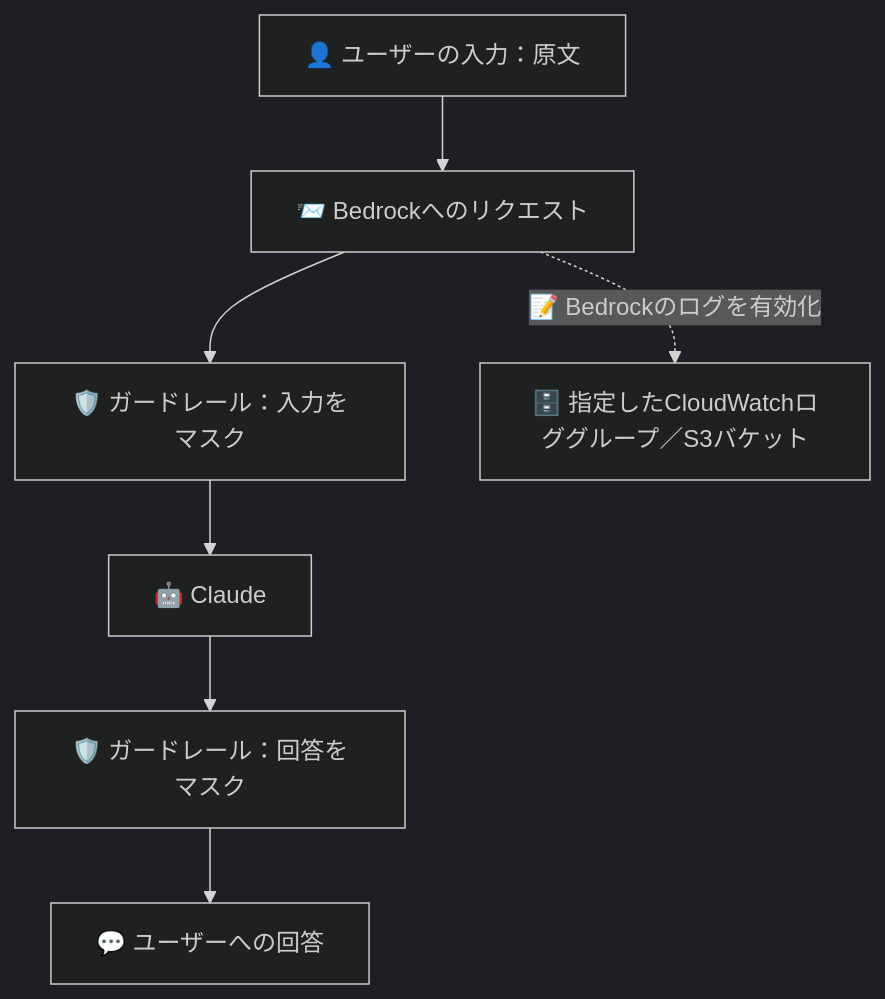
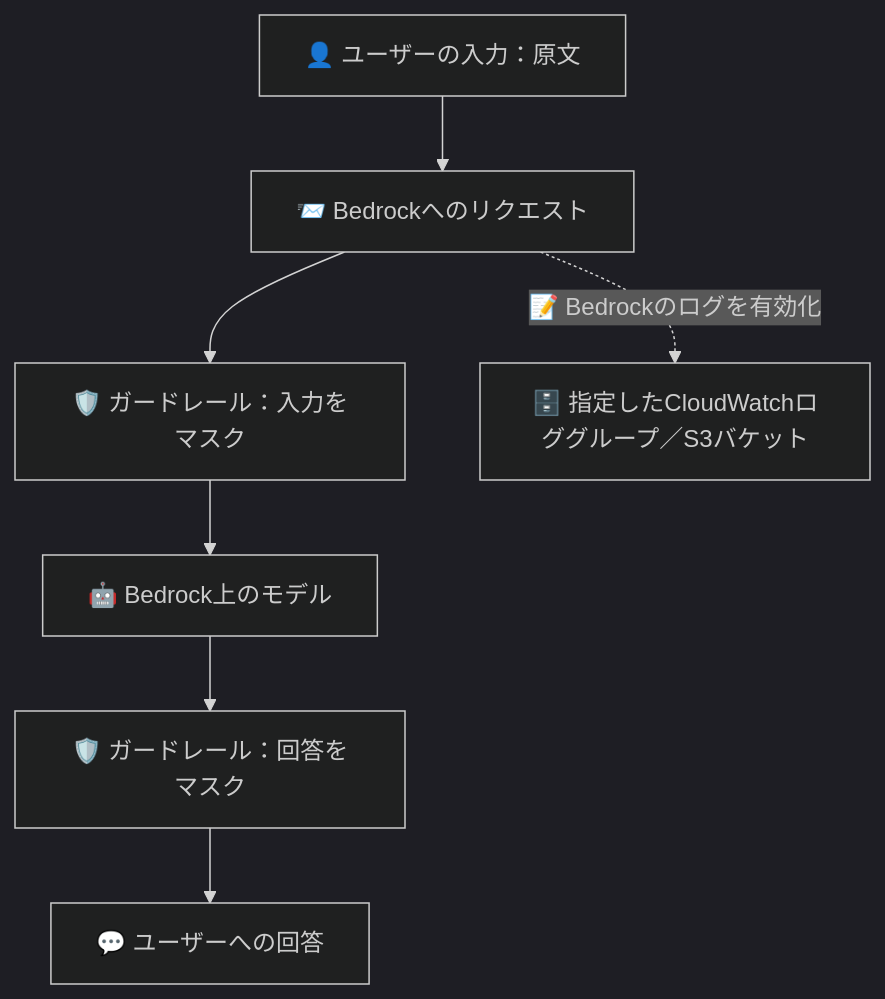
The diagram in articles/bedrock-guardrails-pii-logging.md (kkoch5t2/zenn-contents), drawn with Mermaid (dark theme) before and after one commit. The commit also changed other lines of this file, not shown here.

Commit message:
Generalize Guardrails article from Claude to Bedrock models

````diff
--- a/articles/bedrock-guardrails-pii-logging.md
+++ b/articles/bedrock-guardrails-pii-logging.md
@@ -27,9 +27,9 @@
 ```mermaid
 flowchart TD
     U["👤 ユーザーの入力：原文"] --> B["📨 Bedrockへのリクエスト"]
     B --> G["🛡️ ガードレール：入力をマスク"]
-    G --> M["🤖 Claude"]
+    G --> M["🤖 Bedrock上のモデル"]
     M --> O["🛡️ ガードレール：回答をマスク"]
     O --> R["💬 ユーザーへの回答"]
     B -.->|"📝 Bedrockのログを有効化"| L["🗄️ 指定したCloudWatchロググループ／S3バケット"]
 ```
````
